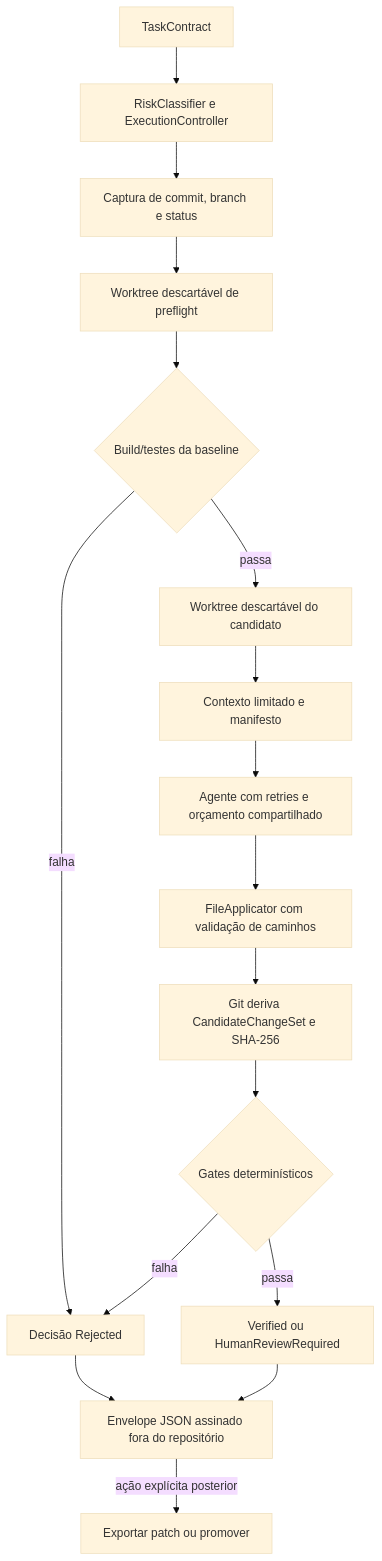
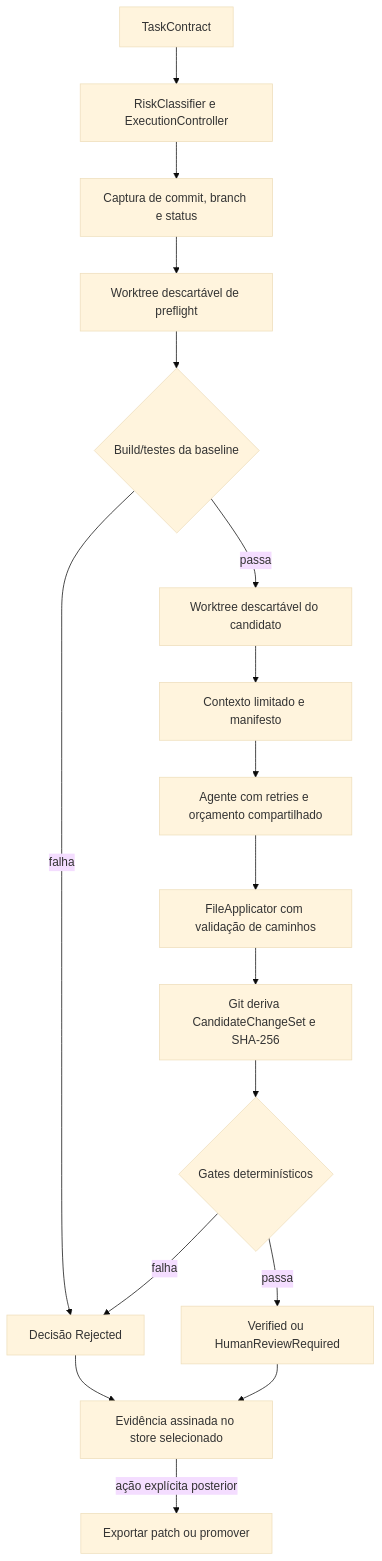
The diagram in docs/architecture.md (Fernandorsoul/AECS_FUNDA-O-TECNICA), drawn with Mermaid (base theme) before and after one commit. The commit also changed other lines of this file and 24 other files, not shown here.

````diff
--- a/docs/architecture.md
+++ b/docs/architecture.md
@@ -16,19 +16,19 @@
 ```mermaid
 flowchart TD
     A[TaskContract] --> B[RiskClassifier e ExecutionController]
     B --> C[Captura de commit, branch e status]
     C --> D[Worktree descartável de preflight]
     D --> E{Build/testes da baseline}
     E -->|falha| X[Decisão Rejected]
     E -->|passa| F[Worktree descartável do candidato]
     F --> G[Contexto limitado e manifesto]
     G --> H[Agente com retries e orçamento compartilhado]
     H --> I[FileApplicator com validação de caminhos]
     I --> J[Git deriva CandidateChangeSet e SHA-256]
     J --> K{Gates determinísticos}
     K -->|falha| X
     K -->|passa| L[Verified ou HumanReviewRequired]
-    X --> M[Envelope JSON assinado fora do repositório]
+    X --> M[Evidência assinada no store selecionado]
     L --> M
     M -->|ação explícita posterior| N[Exportar patch ou promover]
 ```
````
